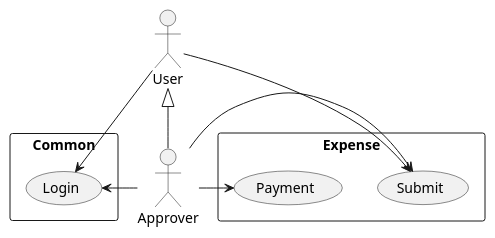
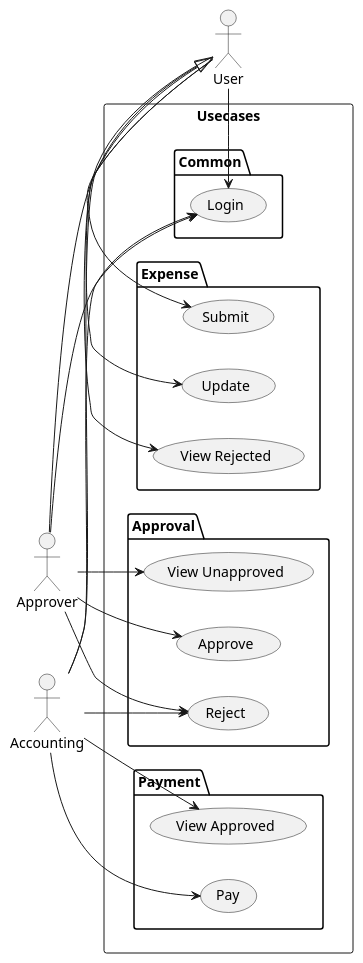
One commit to jkytf0122000/expense-reporter-sample changed the diagram in uml/usecases.pu. Above: the diagram before and after it, drawn with PlantUML. The commit also changed 11 other files, not shown here.

```diff
--- a/uml/usecases.pu
+++ b/uml/usecases.pu
@@ -1,20 +1,38 @@
-@startuml
+@startuml usecases
+
+left to right direction
 
 actor User
 actor Approver
+actor Accounting
 
-User <|-- Approver
+Approver --|> User
+Accounting --|> User
 
-rectangle Common {
-  User -> (Login)
-  Approver -> (Login)
-}
+rectangle Usecases {
+  package Common {
+    User -> (Login)
+    Approver -> (Login)
+    Accounting -> (Login)
+  }
 
-rectangle Expense {
-  User -> (Submit)
-  Approver -> (Submit)
+  package Expense {
+    User -> (View Rejected)
+    User -> (Submit)
+    User -> (Update)
+  }
 
-  Approver -> (Payment)
+  package Approval {
+    Approver -> (View Unapproved)
+    Approver -> (Approve)
+    Approver -> (Reject)
+  }
+
+  package Payment {
+    Accounting -> (View Approved)
+    Accounting -> (Pay)
+    Accounting -> (Reject)
+  }
 }
 
 @enduml
```
